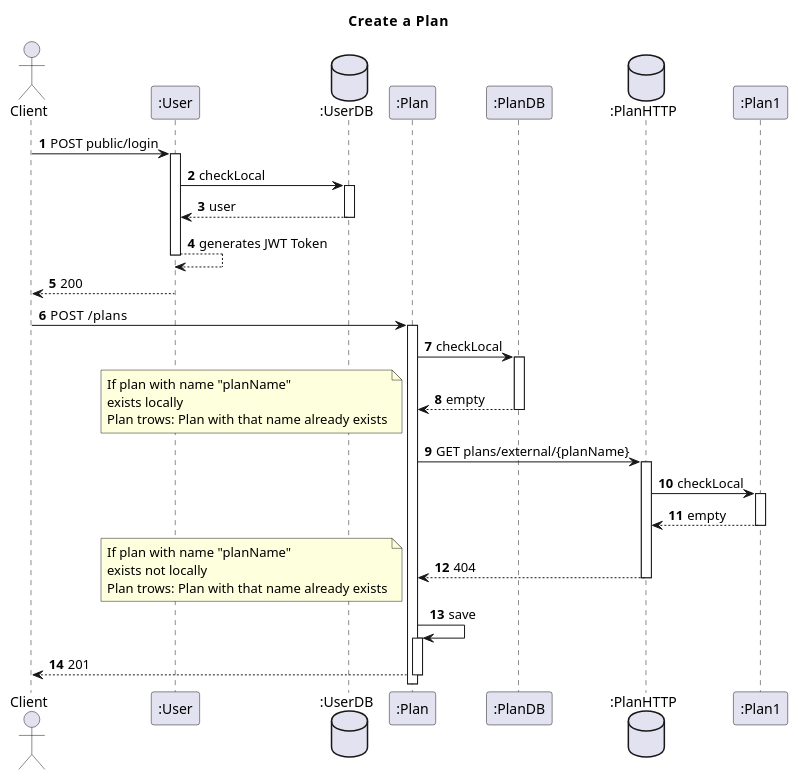
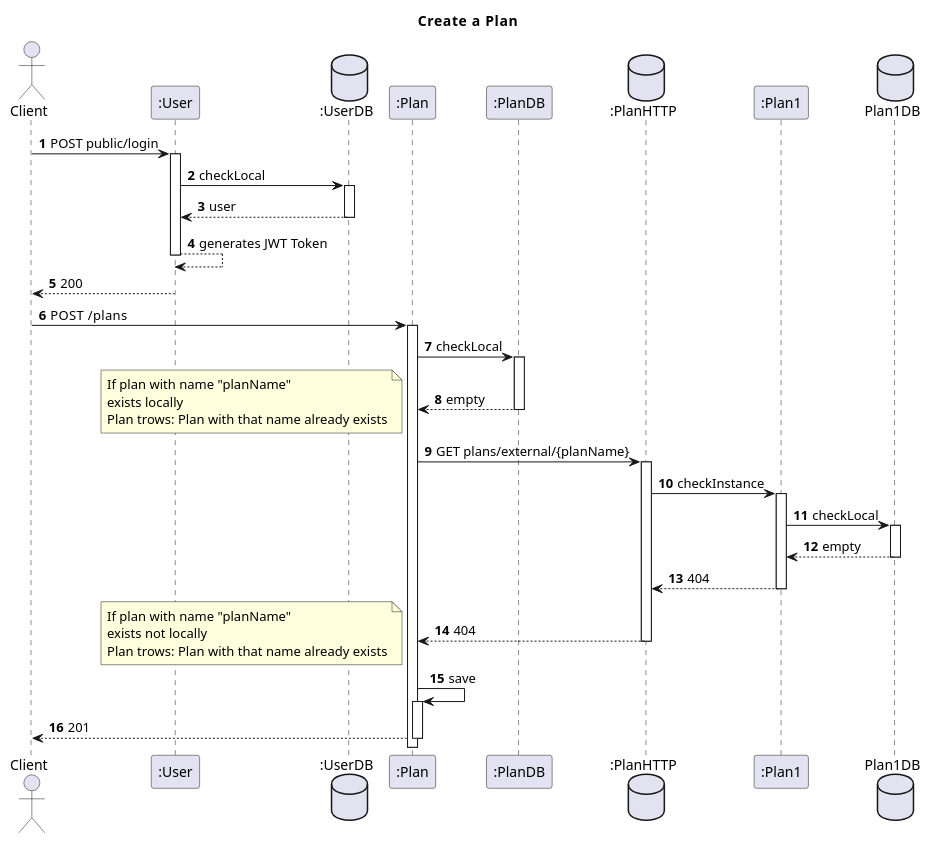
Before and after one commit to IsepMartimOliveira/SIDIS: the diagram in docs_sidis/Plans/Vista_Logica/N3/UserPlanInteractionCreate.puml, drawn with PlantUML. The commit also changed 3 other files, not shown here.

```diff
--- a/docs_sidis/Plans/Vista_Logica/N3/UserPlanInteractionCreate.puml
+++ b/docs_sidis/Plans/Vista_Logica/N3/UserPlanInteractionCreate.puml
@@ -1,48 +1,50 @@
 @startuml
 'https://plantuml.com/sequence-diagram
 autoactivate on
 autonumber
 title  Create  a  Plan
 
 autonumber
 
 actor "Client" as Ac
 participant ":User" as User
 database ":UserDB" as Udb
 
 participant ":Plan" as Plan
 participant ":PlanDB" as PDB
 database ":PlanHTTP" as PHTTP
 participant ":Plan1" as Plan1
-
+database "Plan1DB" as PDB1
 
 
 Ac->User: POST public/login
 User->Udb:checkLocal
 Udb-->User:user
 User-->User:generates JWT Token
 User-->Ac:200
 Ac->Plan:POST  /plans
 Plan->PDB:checkLocal
 PDB-->Plan:empty
 note left
 If plan with name "planName"
 exists locally
 Plan trows: Plan with that name already exists
 end note
 Plan->PHTTP:GET plans/external/{planName}
-PHTTP->Plan1:checkLocal
-Plan1-->PHTTP:empty
+PHTTP->Plan1:checkInstance
+Plan1->PDB1:checkLocal
+PDB1-->Plan1:empty
+Plan1-->PHTTP:404
 PHTTP-->Plan:404
 note left
 If plan with name "planName"
 exists not locally
 Plan trows: Plan with that name already exists
 end note
 Plan->Plan:save
 Plan-->Ac:201
 
 
 
 
 @enduml
```
